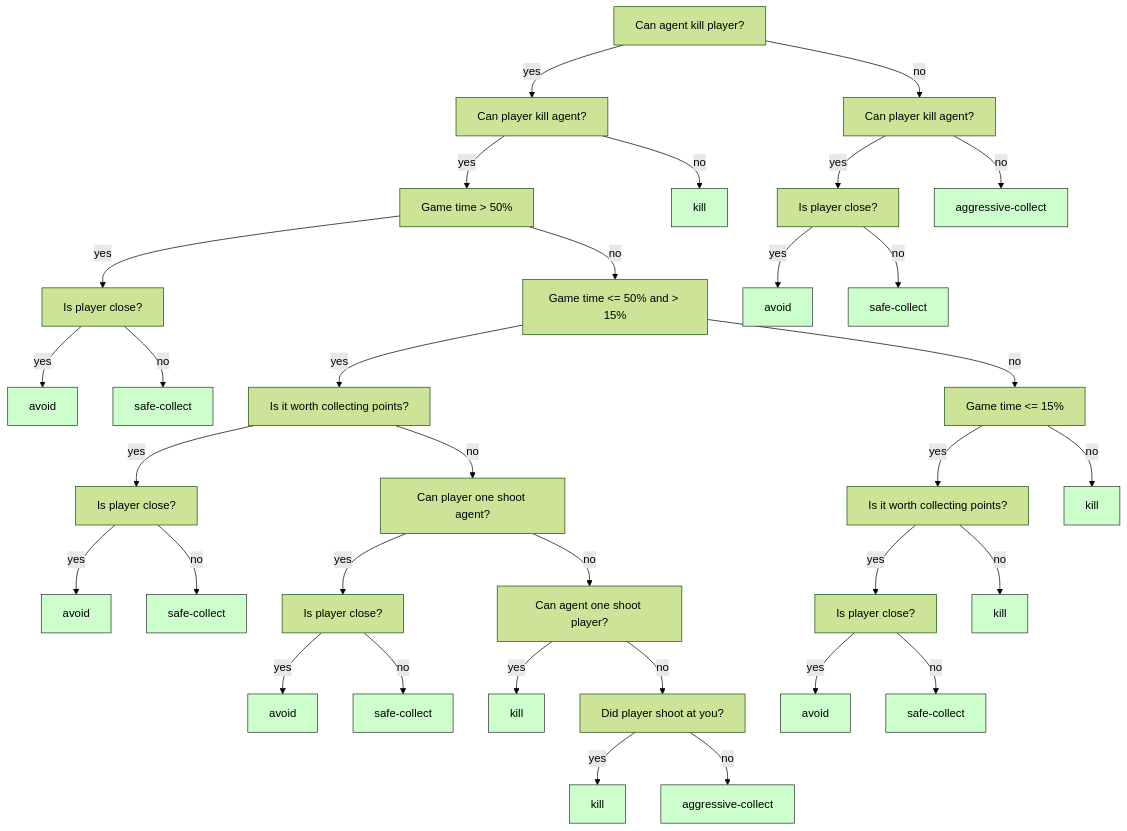
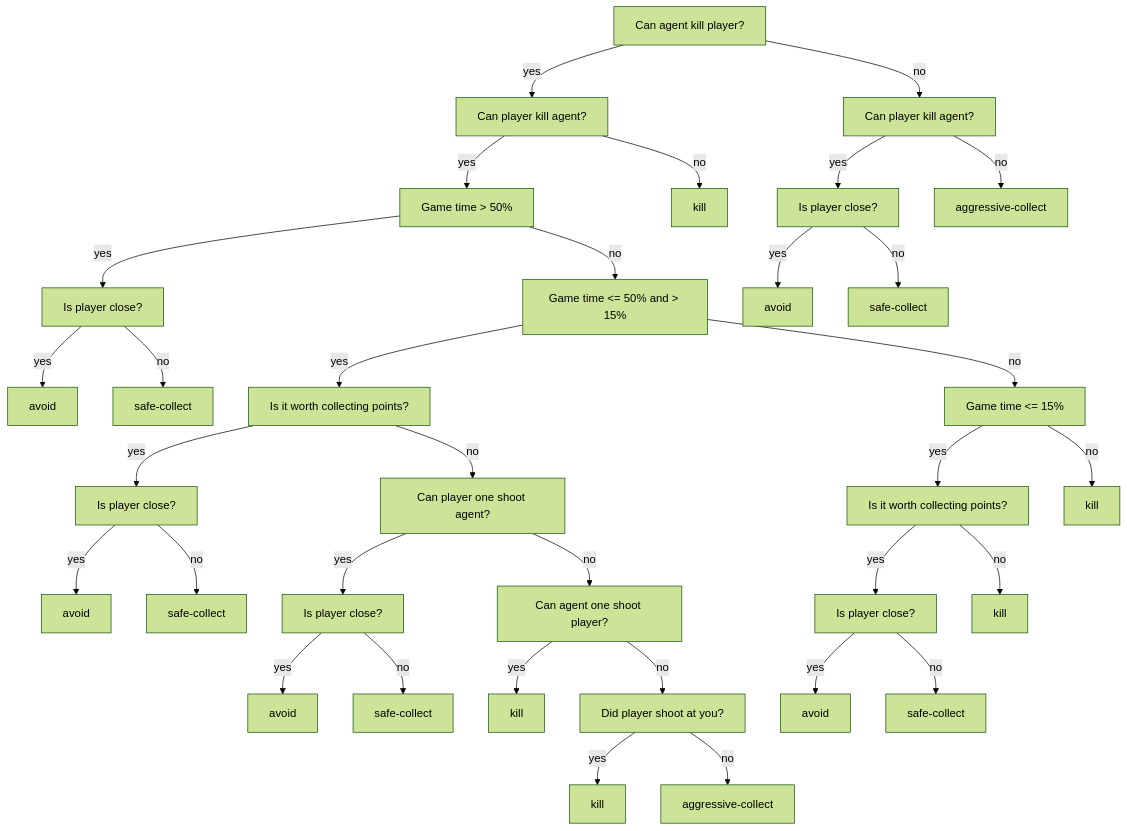
One commit to rchDev/game-of-points changed the second of 2 diagrams in docs/deep-lore.md. Above: the diagram before and after it, drawn with Mermaid (forest theme).

Commit message:
[docs]: add a bunch of stuff to deep-lore.md

````diff
--- a/docs/deep-lore.md
+++ b/docs/deep-lore.md
@@ -114,52 +114,50 @@
 ```mermaid
 flowchart TD
     A["Can agent kill player?"] -->|yes| B["Can player kill agent?"]
     A -->|no| C["Can player kill agent?"]
 
     B -->|yes| D["Game time > 50%"]
-    B -->|no| E[kill]:::leaf
+    B -->|no| E[kill]
 
     D -->|yes| F["Is player close?"]
     D -->|no| G["Game time <= 50% and > 15%"]
 
-    F -->|yes| H[avoid]:::leaf
-    F -->|no| I[safe-collect]:::leaf
+    F -->|yes| H[avoid]
+    F -->|no| I[safe-collect]
 
     G -->|yes| J["Is it worth collecting points?"]
     G -->|no| K["Game time <= 15%"]
 
     J -->|yes| L["Is player close?"]
     J -->|no| M["Can player one shoot agent?"]
 
-    L -->|yes| N[avoid]:::leaf
-    L -->|no| O[safe-collect]:::leaf
+    L -->|yes| N[avoid]
+    L -->|no| O[safe-collect]
 
     M -->|yes| P["Is player close?"]
     M -->|no| Q["Can agent one shoot player?"]
 
-    P -->|yes| R[avoid]:::leaf
-    P -->|no| S[safe-collect]:::leaf
+    P -->|yes| R[avoid]
+    P -->|no| S[safe-collect]
 
-    Q -->|yes| T[kill]:::leaf
+    Q -->|yes| T[kill]
     Q -->|no| U["Did player shoot at you?"]
 
-    U -->|yes| V[kill]:::leaf
-    U -->|no| W[aggressive-collect]:::leaf
+    U -->|yes| V[kill]
+    U -->|no| W[aggressive-collect]
 
     K -->|yes| X["Is it worth collecting points?"]
-    K -->|no| Y[kill]:::leaf
+    K -->|no| Y[kill]
 
     X -->|yes| Z["Is player close?"]
-    X -->|no| AA[kill]:::leaf
+    X -->|no| AA[kill]
 
-    Z -->|yes| AB[avoid]:::leaf
-    Z -->|no| AC[safe-collect]:::leaf
+    Z -->|yes| AB[avoid]
+    Z -->|no| AC[safe-collect]
 
     C -->|yes| AD["Is player close?"]
-    C -->|no| AE[aggressive-collect]:::leaf
+    C -->|no| AE[aggressive-collect]
 
-    AD -->|yes| AF[avoid]:::leaf
-    AD -->|no| AG[safe-collect]:::leaf
-
-    classDef leaf fill:#cfc,stroke:#333,stroke-width:1px;
+    AD -->|yes| AF[avoid]
+    AD -->|no| AG[safe-collect]
 ```
````
